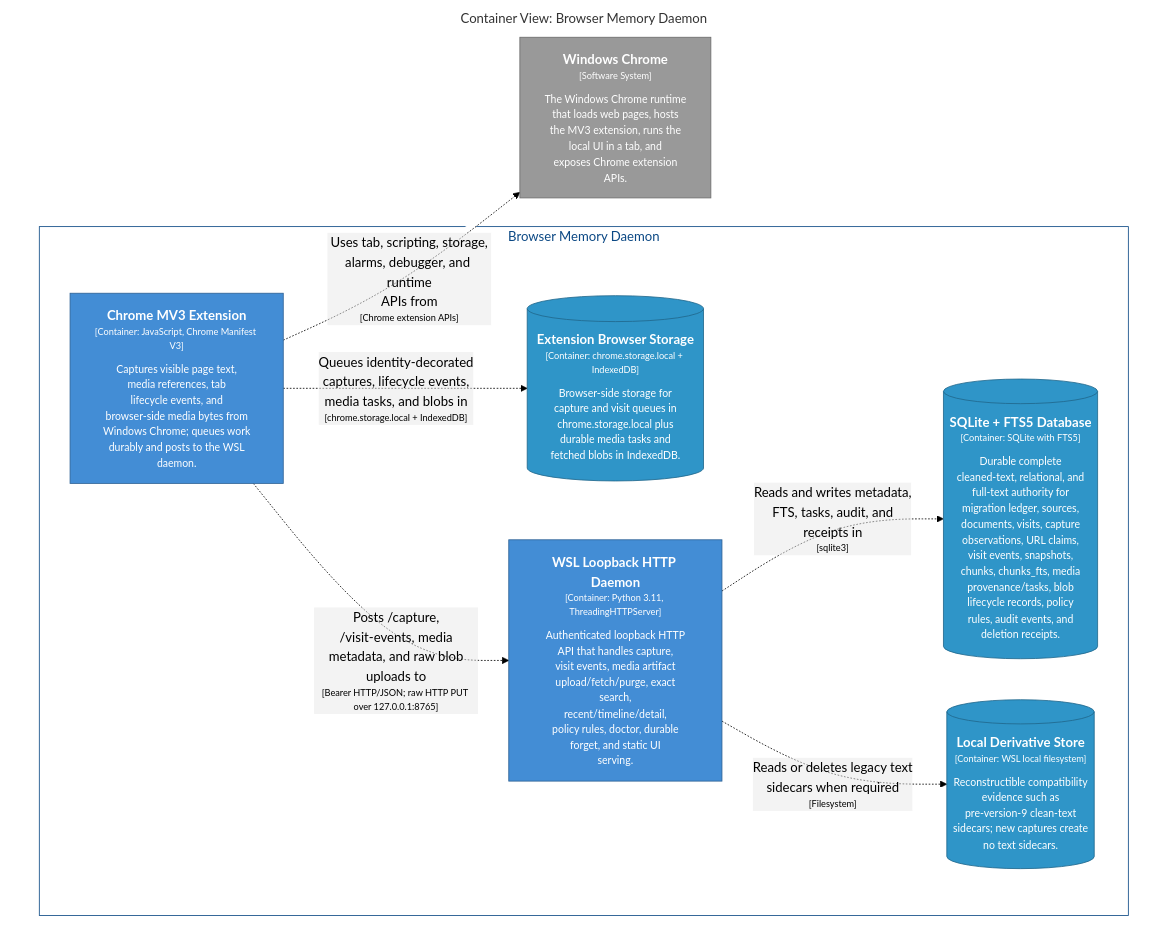
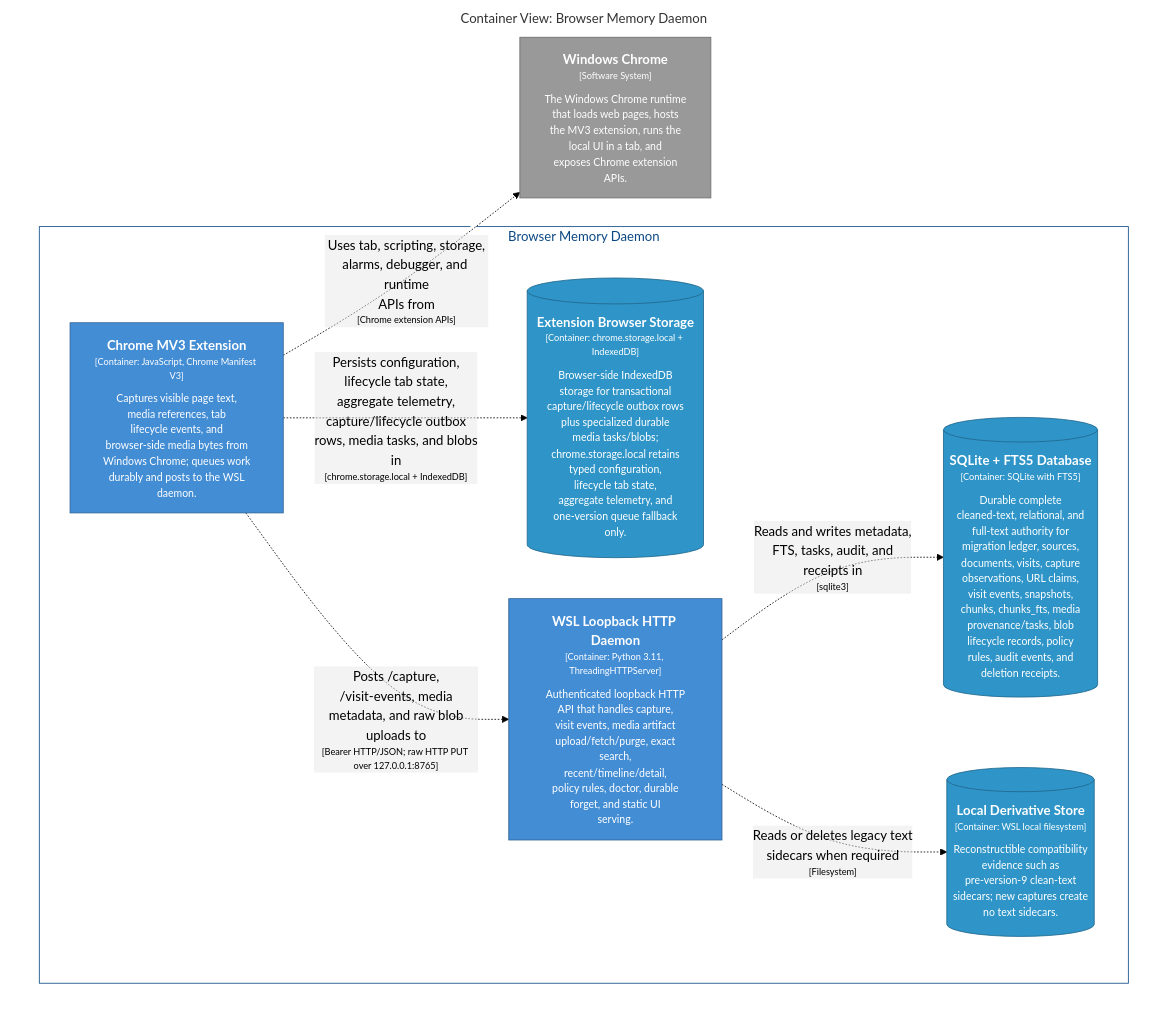
Before and after one commit to michaelnicks0/browser-memory-daemon: the diagram in docs/architecture/diagrams/markdown/CaptureContainers.md, drawn with Mermaid (forest theme). The commit also changed 194 other files, not shown here.

Commit message:
feat(extension): add transactional capture and lifecycle outbox

````diff
--- a/docs/architecture/diagrams/markdown/CaptureContainers.md
+++ b/docs/architecture/diagrams/markdown/CaptureContainers.md
@@ -16,33 +16,33 @@
 ```mermaid
 graph TB
   linkStyle default fill:#ffffff
 
   subgraph diagram ["Container View: Browser Memory Daemon"]
     style diagram fill:#ffffff,stroke:#ffffff
 
     2["<div style='font-weight: bold'>Windows Chrome</div><div style='font-size: 70%; margin-top: 0px'>[Software System]</div><div style='font-size: 80%; margin-top:10px'>The Windows Chrome runtime<br />that loads web pages, hosts<br />the MV3 extension, runs the<br />local UI in a tab, and<br />exposes Chrome extension<br />APIs.</div>"]
     style 2 fill:#999999,stroke:#6b6b6b,color:#ffffff
 
     subgraph 4 ["Browser Memory Daemon"]
       style 4 fill:#ffffff,stroke:#0b4884,color:#0b4884
 
-      13[("<div style='font-weight: bold'>Extension Browser Storage</div><div style='font-size: 70%; margin-top: 0px'>[Container: chrome.storage.local + IndexedDB]</div><div style='font-size: 80%; margin-top:10px'>Browser-side storage for<br />capture and visit queues in<br />chrome.storage.local plus<br />durable media tasks and<br />fetched blobs in IndexedDB.</div>")]
-      style 13 fill:#2f95c8,stroke:#20688c,color:#ffffff
-      14["<div style='font-weight: bold'>WSL Loopback HTTP Daemon</div><div style='font-size: 70%; margin-top: 0px'>[Container: Python 3.11, ThreadingHTTPServer]</div><div style='font-size: 80%; margin-top:10px'>Authenticated loopback HTTP<br />API that handles capture,<br />visit events, media artifact<br />upload/fetch/purge, exact<br />search,<br />recent/timeline/detail,<br />policy rules, doctor, durable<br />forget, and static UI<br />serving.</div>"]
-      style 14 fill:#438dd5,stroke:#2e6295,color:#ffffff
-      39[("<div style='font-weight: bold'>SQLite + FTS5 Database</div><div style='font-size: 70%; margin-top: 0px'>[Container: SQLite with FTS5]</div><div style='font-size: 80%; margin-top:10px'>Durable complete<br />cleaned-text, relational, and<br />full-text authority for<br />migration ledger, sources,<br />documents, visits, capture<br />observations, URL claims,<br />visit events, snapshots,<br />chunks, chunks_fts, media<br />provenance/tasks, blob<br />lifecycle records, policy<br />rules, audit events, and<br />deletion receipts.</div>")]
-      style 39 fill:#2f95c8,stroke:#20688c,color:#ffffff
-      40[("<div style='font-weight: bold'>Local Derivative Store</div><div style='font-size: 70%; margin-top: 0px'>[Container: WSL local filesystem]</div><div style='font-size: 80%; margin-top:10px'>Reconstructible compatibility<br />evidence such as<br />pre-version-9 clean-text<br />sidecars; new captures create<br />no text sidecars.</div>")]
+      14[("<div style='font-weight: bold'>Extension Browser Storage</div><div style='font-size: 70%; margin-top: 0px'>[Container: chrome.storage.local + IndexedDB]</div><div style='font-size: 80%; margin-top:10px'>Browser-side IndexedDB<br />storage for transactional<br />capture/lifecycle outbox rows<br />plus specialized durable<br />media tasks/blobs;<br />chrome.storage.local retains<br />typed configuration,<br />lifecycle tab state,<br />aggregate telemetry, and<br />one-version queue fallback<br />only.</div>")]
+      style 14 fill:#2f95c8,stroke:#20688c,color:#ffffff
+      15["<div style='font-weight: bold'>WSL Loopback HTTP Daemon</div><div style='font-size: 70%; margin-top: 0px'>[Container: Python 3.11, ThreadingHTTPServer]</div><div style='font-size: 80%; margin-top:10px'>Authenticated loopback HTTP<br />API that handles capture,<br />visit events, media artifact<br />upload/fetch/purge, exact<br />search,<br />recent/timeline/detail,<br />policy rules, doctor, durable<br />forget, and static UI<br />serving.</div>"]
+      style 15 fill:#438dd5,stroke:#2e6295,color:#ffffff
+      40[("<div style='font-weight: bold'>SQLite + FTS5 Database</div><div style='font-size: 70%; margin-top: 0px'>[Container: SQLite with FTS5]</div><div style='font-size: 80%; margin-top:10px'>Durable complete<br />cleaned-text, relational, and<br />full-text authority for<br />migration ledger, sources,<br />documents, visits, capture<br />observations, URL claims,<br />visit events, snapshots,<br />chunks, chunks_fts, media<br />provenance/tasks, blob<br />lifecycle records, policy<br />rules, audit events, and<br />deletion receipts.</div>")]
       style 40 fill:#2f95c8,stroke:#20688c,color:#ffffff
+      41[("<div style='font-weight: bold'>Local Derivative Store</div><div style='font-size: 70%; margin-top: 0px'>[Container: WSL local filesystem]</div><div style='font-size: 80%; margin-top:10px'>Reconstructible compatibility<br />evidence such as<br />pre-version-9 clean-text<br />sidecars; new captures create<br />no text sidecars.</div>")]
+      style 41 fill:#2f95c8,stroke:#20688c,color:#ffffff
       5["<div style='font-weight: bold'>Chrome MV3 Extension</div><div style='font-size: 70%; margin-top: 0px'>[Container: JavaScript, Chrome Manifest V3]</div><div style='font-size: 80%; margin-top:10px'>Captures visible page text,<br />media references, tab<br />lifecycle events, and<br />browser-side media bytes from<br />Windows Chrome; queues work<br />durably and posts to the WSL<br />daemon.</div>"]
       style 5 fill:#438dd5,stroke:#2e6295,color:#ffffff
     end
 
     5-. "<div>Uses tab, scripting, storage,<br />alarms, debugger, and runtime<br />APIs from</div><div style='font-size: 70%'>[Chrome extension APIs]</div>" .->2
-    5-. "<div>Queues identity-decorated<br />captures, lifecycle events,<br />media tasks, and blobs in</div><div style='font-size: 70%'>[chrome.storage.local + IndexedDB]</div>" .->13
-    5-. "<div>Posts /capture,<br />/visit-events, media<br />metadata, and raw blob<br />uploads to</div><div style='font-size: 70%'>[Bearer HTTP/JSON; raw HTTP PUT over 127.0.0.1:8765]</div>" .->14
-    14-. "<div>Reads and writes metadata,<br />FTS, tasks, audit, and<br />receipts in</div><div style='font-size: 70%'>[sqlite3]</div>" .->39
-    14-. "<div>Reads or deletes legacy text<br />sidecars when required</div><div style='font-size: 70%'>[Filesystem]</div>" .->40
+    5-. "<div>Persists configuration,<br />lifecycle tab state,<br />aggregate telemetry,<br />capture/lifecycle outbox<br />rows, media tasks, and blobs<br />in</div><div style='font-size: 70%'>[chrome.storage.local + IndexedDB]</div>" .->14
+    5-. "<div>Posts /capture,<br />/visit-events, media<br />metadata, and raw blob<br />uploads to</div><div style='font-size: 70%'>[Bearer HTTP/JSON; raw HTTP PUT over 127.0.0.1:8765]</div>" .->15
+    15-. "<div>Reads and writes metadata,<br />FTS, tasks, audit, and<br />receipts in</div><div style='font-size: 70%'>[sqlite3]</div>" .->40
+    15-. "<div>Reads or deletes legacy text<br />sidecars when required</div><div style='font-size: 70%'>[Filesystem]</div>" .->41
 
   end
 ```
````
